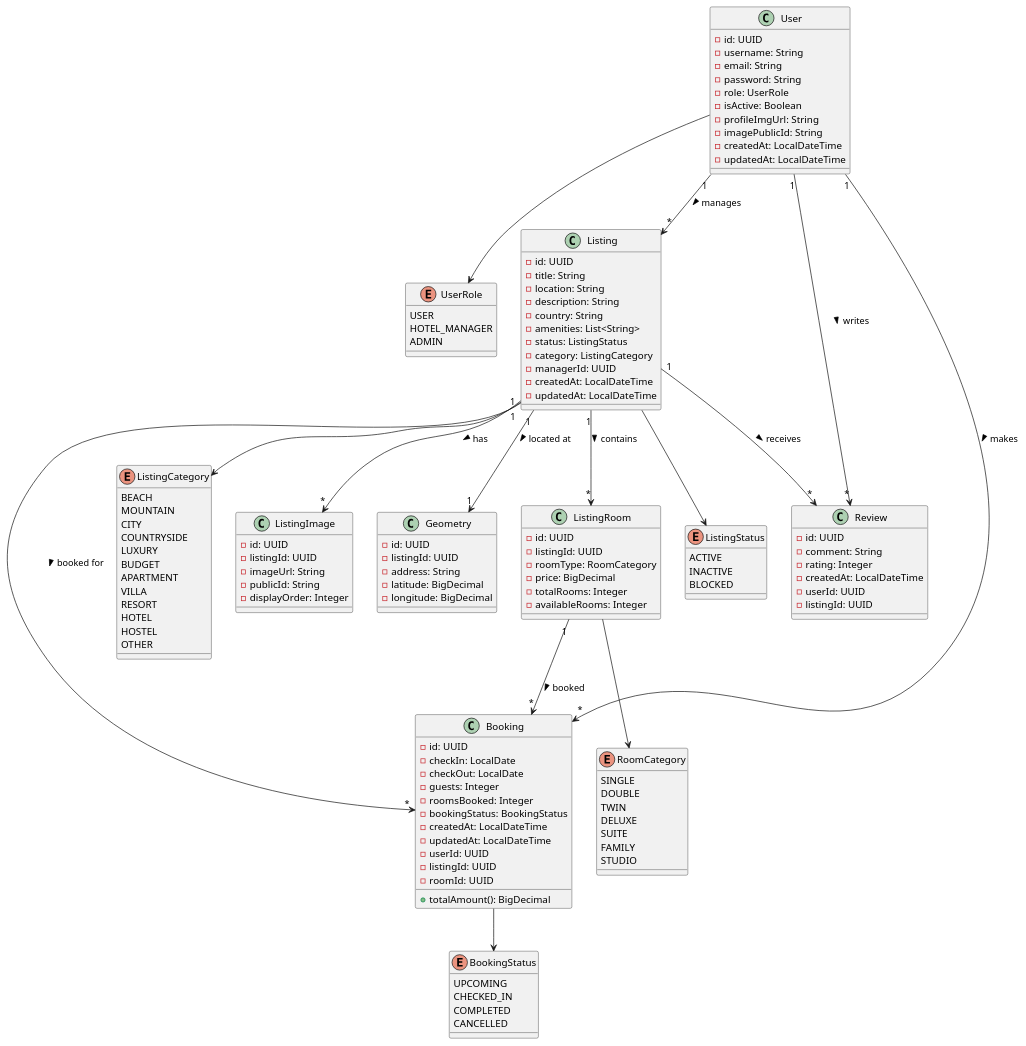
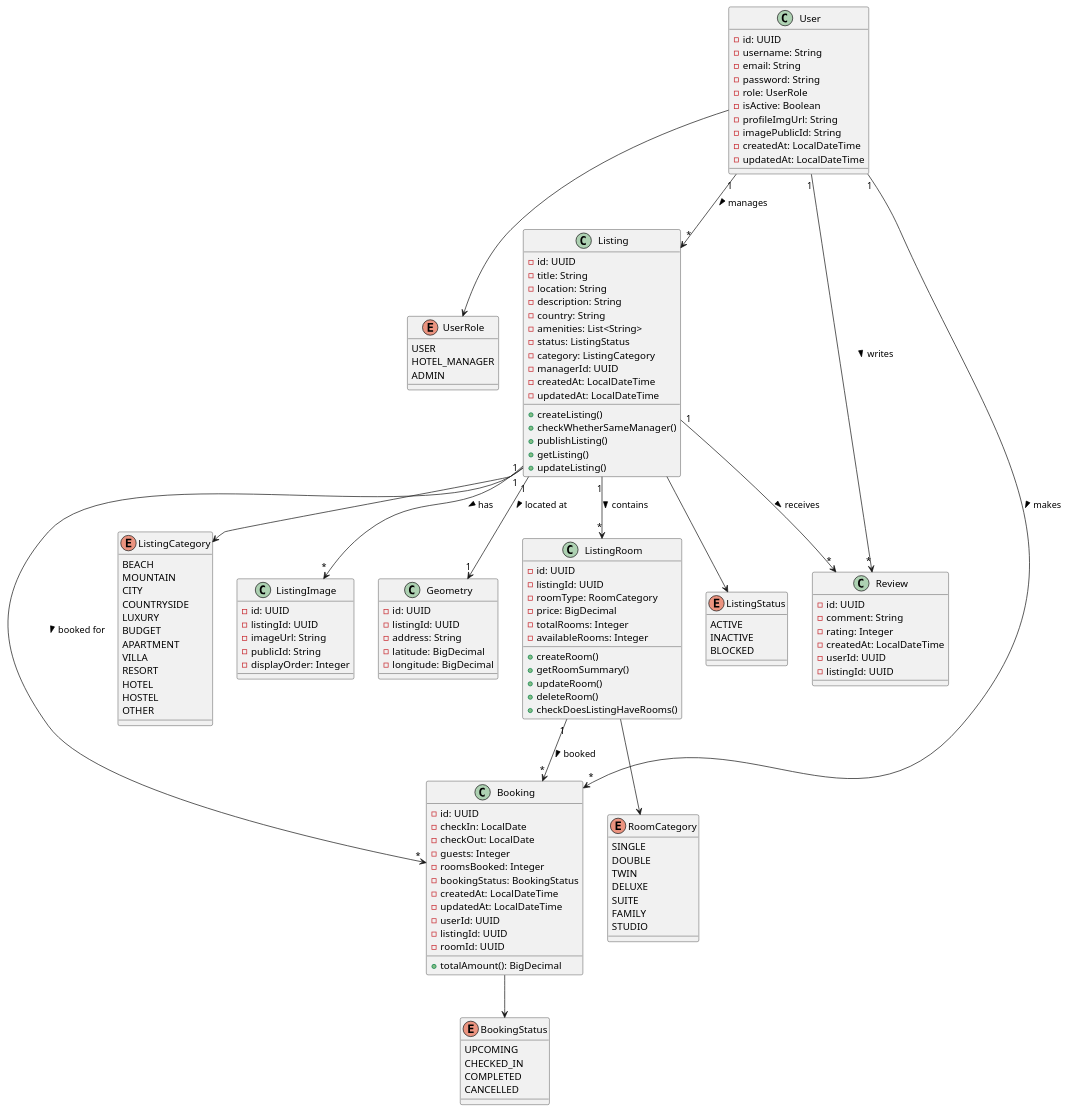
Before and after one commit to qutubuddinkhan07/blinkstay-modular-monolith: the diagram in system-design/system-class-diagram.puml, drawn with PlantUML. The commit also changed 11 other files, not shown here.

```diff
--- a/system-design/system-class-diagram.puml
+++ b/system-design/system-class-diagram.puml
@@ -1,166 +1,176 @@
 @startuml SystemClassDiagram
 
 class User {
     - id: UUID
     - username: String
     - email: String
     - password: String
     - role: UserRole
     - isActive: Boolean
     - profileImgUrl: String
     - imagePublicId: String
     - createdAt: LocalDateTime
     - updatedAt: LocalDateTime
 }
 
 enum UserRole {
     USER
     HOTEL_MANAGER
     ADMIN
 }
 
 User --> UserRole
 
 
 ' =========================
 ' LISTING MODULE
 ' =========================
 
 class Listing {
     - id: UUID
     - title: String
     - location: String
     - description: String
     - country: String
     - amenities: List<String>
     - status: ListingStatus
     - category: ListingCategory
     - managerId: UUID
     - createdAt: LocalDateTime
     - updatedAt: LocalDateTime
+    + createListing()
+    + checkWhetherSameManager()
+    + publishListing()
+    + getListing()
+    + updateListing()
 }
 
 enum ListingStatus {
     ACTIVE
     INACTIVE
     BLOCKED
 }
 
 enum ListingCategory {
     BEACH
     MOUNTAIN
     CITY
     COUNTRYSIDE
     LUXURY
     BUDGET
     APARTMENT
     VILLA
     RESORT
     HOTEL
     HOSTEL
     OTHER
 }
 
 Listing --> ListingStatus
 Listing --> ListingCategory
 
 
 class ListingImage {
     - id: UUID
     - listingId: UUID
     - imageUrl: String
     - publicId: String
     - displayOrder: Integer
 }
 
 class Geometry {
     - id: UUID
     - listingId: UUID
     - address: String
     - latitude: BigDecimal
     - longitude: BigDecimal
 }
 
 User "1" --> "*" Listing : manages >
 Listing "1" --> "*" ListingImage : has >
 Listing "1" --> "1" Geometry : located at >
 
 
 ' =========================
 ' ROOM MODULE
 ' =========================
 
 class ListingRoom {
     - id: UUID
     - listingId: UUID
     - roomType: RoomCategory
     - price: BigDecimal
     - totalRooms: Integer
     - availableRooms: Integer
+    + createRoom()
+    + getRoomSummary()
+    + updateRoom()
+    + deleteRoom()
+    + checkDoesListingHaveRooms()
 }
 
 enum RoomCategory {
     SINGLE
     DOUBLE
     TWIN
     DELUXE
     SUITE
     FAMILY
     STUDIO
 }
 
 Listing "1" --> "*" ListingRoom : contains >
 ListingRoom --> RoomCategory
 
 
 ' =========================
 ' REVIEW MODULE
 ' =========================
 
 class Review {
     - id: UUID
     - comment: String
     - rating: Integer
     - createdAt: LocalDateTime
     - userId: UUID
     - listingId: UUID
 }
 
 User "1" --> "*" Review : writes >
 Listing "1" --> "*" Review : receives >
 
 
 ' =========================
 ' BOOKING MODULE
 ' =========================
 
 class Booking {
     - id: UUID
     - checkIn: LocalDate
     - checkOut: LocalDate
     - guests: Integer
     - roomsBooked: Integer
     - bookingStatus: BookingStatus
     - createdAt: LocalDateTime
     - updatedAt: LocalDateTime
     - userId: UUID
     - listingId: UUID
     - roomId: UUID
     + totalAmount(): BigDecimal
 }
 
 enum BookingStatus {
     UPCOMING
     CHECKED_IN
     COMPLETED
     CANCELLED
 }
 
 Booking --> BookingStatus
 
 User "1" --> "*" Booking : makes >
 Listing "1" --> "*" Booking : booked for >
 ListingRoom "1" --> "*" Booking : booked >
 
 
 @enduml
```
